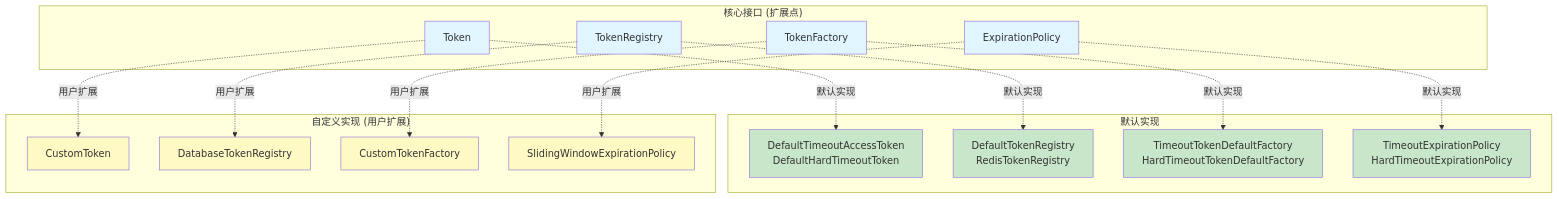
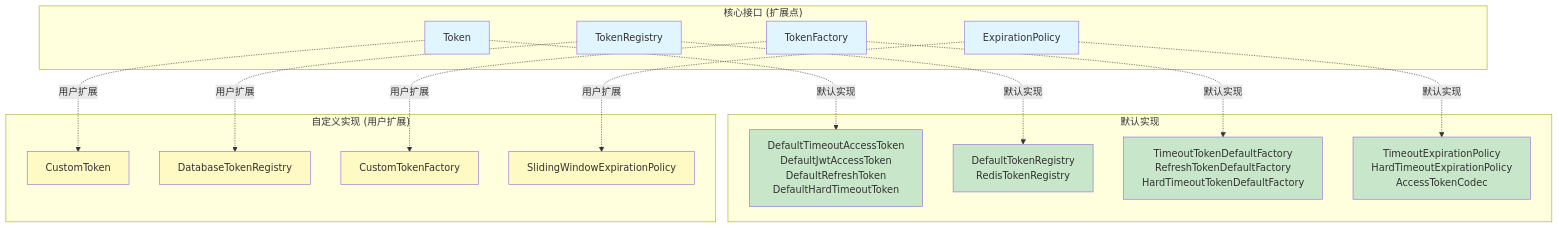
One commit to imaping/token changed diagram 12 of 12 in docs/architecture-diagrams.md. Above: the diagram before and after it, drawn with Mermaid. The commit also changed other lines of this file and 42 other files, not shown here.

First line of the commit message:
feat: Implement refresh token functionality with JWT support

````diff
--- a/docs/architecture-diagrams.md
+++ b/docs/architecture-diagrams.md
@@ -624,48 +644,48 @@
 ```mermaid
 graph TB
     subgraph "核心接口 (扩展点)"
         IToken[Token]
         IRegistry[TokenRegistry]
         IFactory[TokenFactory]
         IPolicy[ExpirationPolicy]
     end
 
     subgraph "默认实现"
-        DToken[DefaultTimeoutAccessToken<br/>DefaultHardTimeoutToken]
+        DToken[DefaultTimeoutAccessToken<br/>DefaultJwtAccessToken<br/>DefaultRefreshToken<br/>DefaultHardTimeoutToken]
         DRegistry[DefaultTokenRegistry<br/>RedisTokenRegistry]
-        DFactory[TimeoutTokenDefaultFactory<br/>HardTimeoutTokenDefaultFactory]
-        DPolicy[TimeoutExpirationPolicy<br/>HardTimeoutExpirationPolicy]
+        DFactory[TimeoutTokenDefaultFactory<br/>RefreshTokenDefaultFactory<br/>HardTimeoutTokenDefaultFactory]
+        DPolicy[TimeoutExpirationPolicy<br/>HardTimeoutExpirationPolicy<br/>AccessTokenCodec]
     end
 
     subgraph "自定义实现 (用户扩展)"
         CToken[CustomToken]
         CRegistry[DatabaseTokenRegistry]
         CFactory[CustomTokenFactory]
         CPolicy[SlidingWindowExpirationPolicy]
     end
 
     IToken -.默认实现.-> DToken
     IRegistry -.默认实现.-> DRegistry
     IFactory -.默认实现.-> DFactory
     IPolicy -.默认实现.-> DPolicy
 
     IToken -.用户扩展.-> CToken
     IRegistry -.用户扩展.-> CRegistry
     IFactory -.用户扩展.-> CFactory
     IPolicy -.用户扩展.-> CPolicy
 
     style IToken fill:#e1f5ff
     style IRegistry fill:#e1f5ff
     style IFactory fill:#e1f5ff
     style IPolicy fill:#e1f5ff
 
     style DToken fill:#c8e6c9
     style DRegistry fill:#c8e6c9
     style DFactory fill:#c8e6c9
     style DPolicy fill:#c8e6c9
 
     style CToken fill:#fff9c4
     style CRegistry fill:#fff9c4
     style CFactory fill:#fff9c4
     style CPolicy fill:#fff9c4
 ```
````
